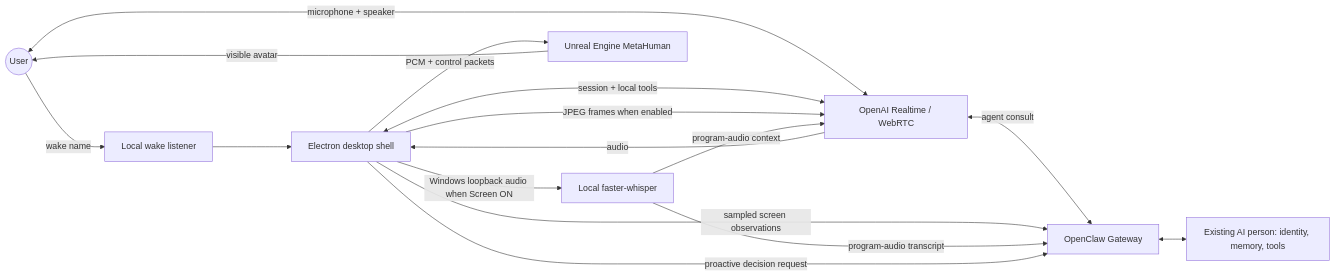
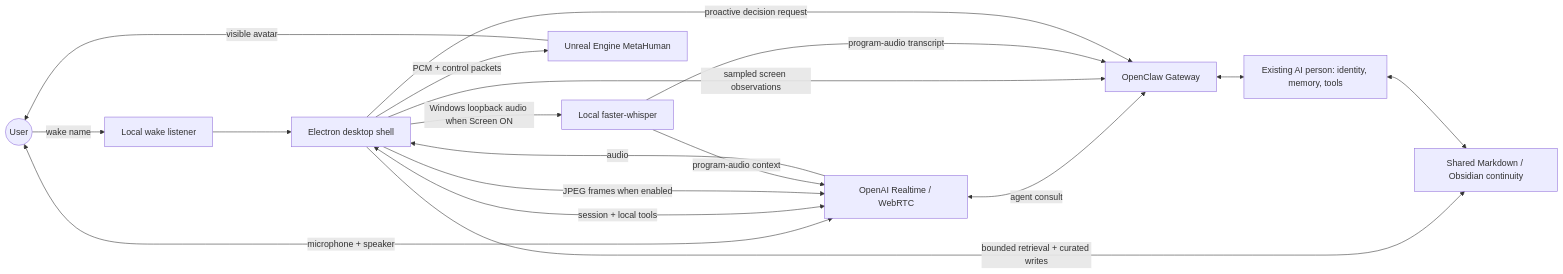
One commit to marisombra-dev/desktop-ai-avatar-blueprint changed the diagram in README.md. Above: the diagram before and after it, drawn with Mermaid. The commit also changed other lines of this file and 9 other files, not shown here.

Commit message:
Document shared Obsidian continuity memory

````diff
--- a/README.md
+++ b/README.md
@@ -25,18 +25,20 @@
 ```mermaid
 flowchart LR
     User((User)) -->|wake name| Wake[Local wake listener]
     Wake --> Shell[Electron desktop shell]
     User <-->|microphone + speaker| RT[OpenAI Realtime / WebRTC]
     Shell <-->|session + local tools| RT
     RT <-->|agent consult| OC[OpenClaw Gateway]
     OC <--> Brain[Existing AI person: identity, memory, tools]
+    Shell -->|bounded retrieval + curated writes| Vault[Shared Markdown / Obsidian continuity]
+    Brain <--> Vault
     Shell -->|JPEG frames when enabled| RT
     Shell -->|sampled screen observations| OC
     Shell -->|Windows loopback audio when Screen ON| STT[Local faster-whisper]
     STT -->|program-audio transcript| OC
     STT -->|program-audio context| RT
     Shell -->|PCM + control packets| UE[Unreal Engine MetaHuman]
     RT -->|audio| Shell
     UE -->|visible avatar| User
     Shell -->|proactive decision request| OC
 ```
````
